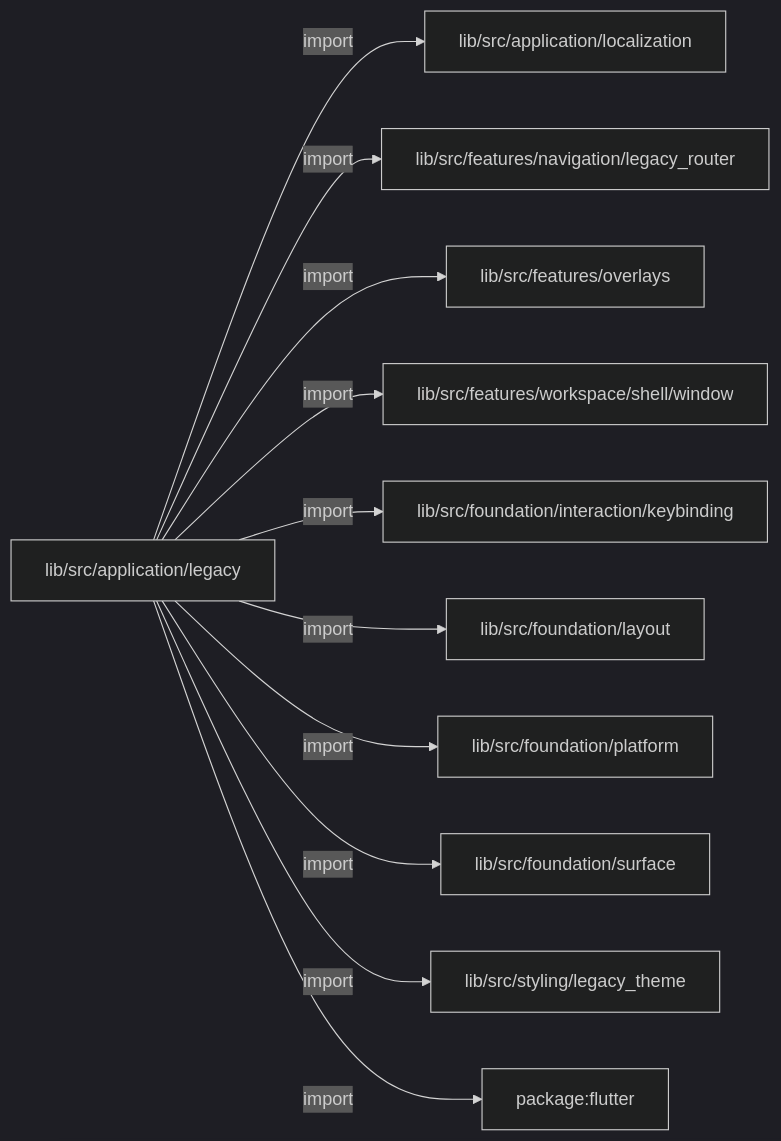
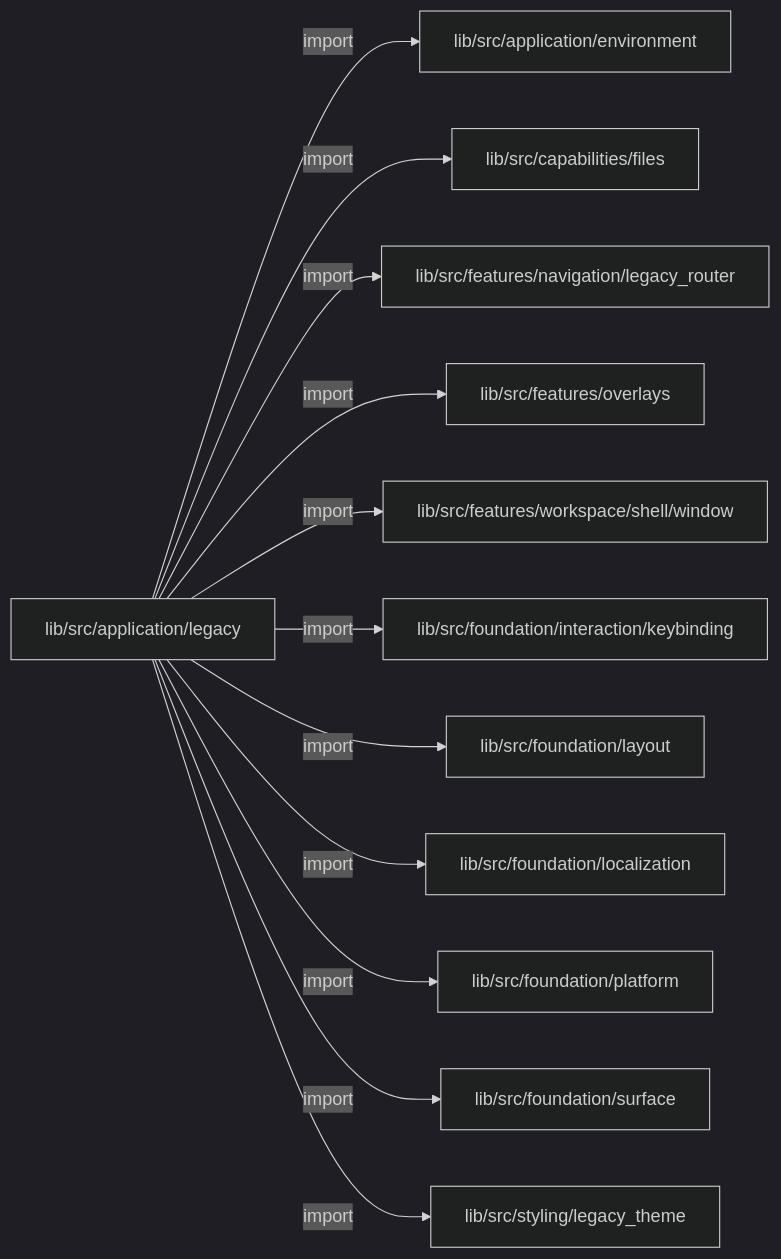
Before and after one commit to MiuDog/Kallopis: the first of 3 diagrams in docs/architecture/src/application/legacy/README.md, drawn with Mermaid (dark theme). The commit also changed other lines of this file and 9688 other files, not shown here.

Commit message:
Prepare isolated Flow F2 peer baseline

````diff
--- a/docs/architecture/src/application/legacy/README.md
+++ b/docs/architecture/src/application/legacy/README.md
@@ -13,24 +13,26 @@
 ```mermaid
 flowchart LR
 	n0["lib/src/application/legacy"]
-	n1["lib/src/application/localization"]
-	n2["lib/src/features/navigation/legacy_router"]
-	n3["lib/src/features/overlays"]
-	n4["lib/src/features/workspace/shell/window"]
-	n5["lib/src/foundation/interaction/keybinding"]
-	n6["lib/src/foundation/layout"]
-	n7["lib/src/foundation/platform"]
-	n8["lib/src/foundation/surface"]
-	n9["lib/src/styling/legacy_theme"]
-	n10["package:flutter"]
+	n1["lib/src/application/environment"]
+	n2["lib/src/capabilities/files"]
+	n3["lib/src/features/navigation/legacy_router"]
+	n4["lib/src/features/overlays"]
+	n5["lib/src/features/workspace/shell/window"]
+	n6["lib/src/foundation/interaction/keybinding"]
+	n7["lib/src/foundation/layout"]
+	n8["lib/src/foundation/localization"]
+	n9["lib/src/foundation/platform"]
+	n10["lib/src/foundation/surface"]
+	n11["lib/src/styling/legacy_theme"]
 	n0 -->|"import"| n1
 	n0 -->|"import"| n2
 	n0 -->|"import"| n3
 	n0 -->|"import"| n4
 	n0 -->|"import"| n5
 	n0 -->|"import"| n6
 	n0 -->|"import"| n7
 	n0 -->|"import"| n8
 	n0 -->|"import"| n9
 	n0 -->|"import"| n10
+	n0 -->|"import"| n11
 ```
````
